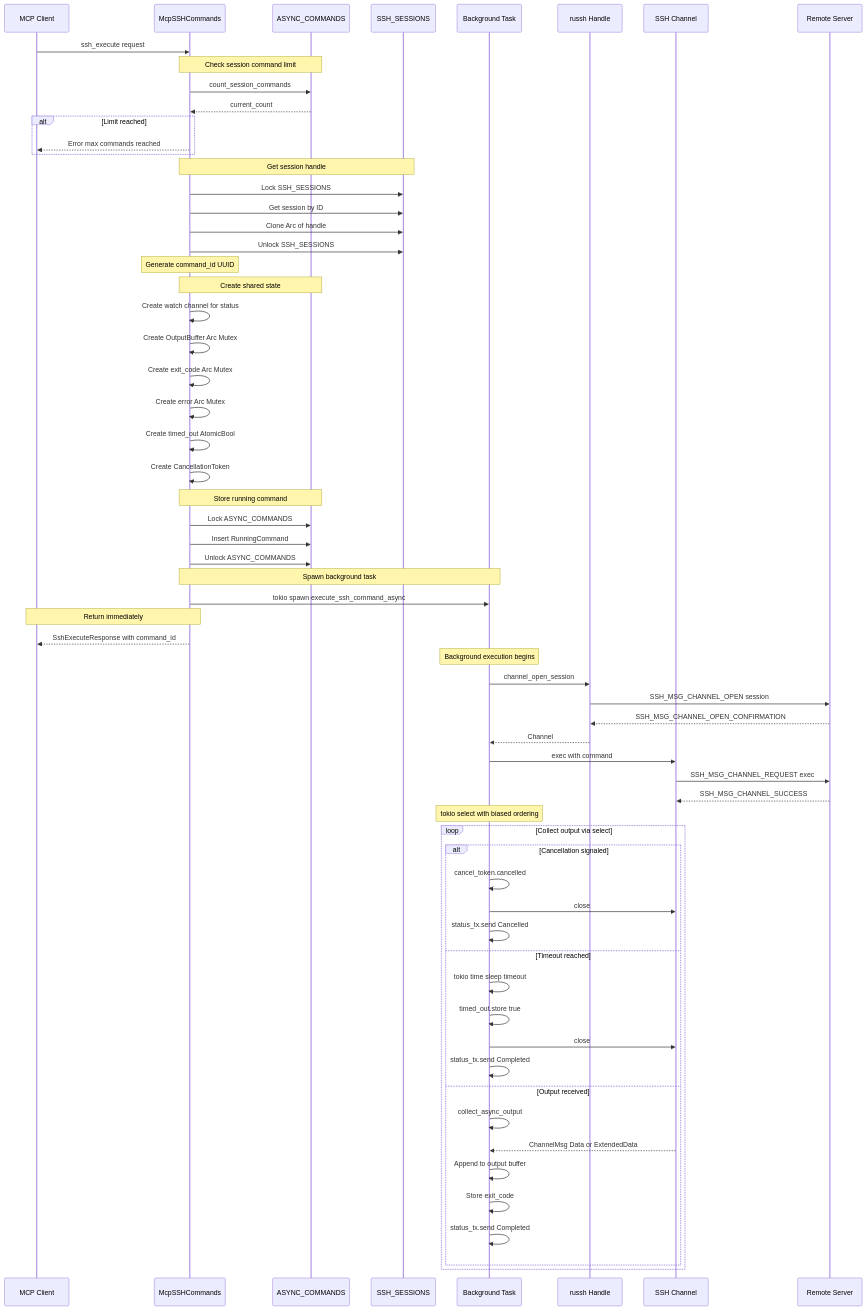
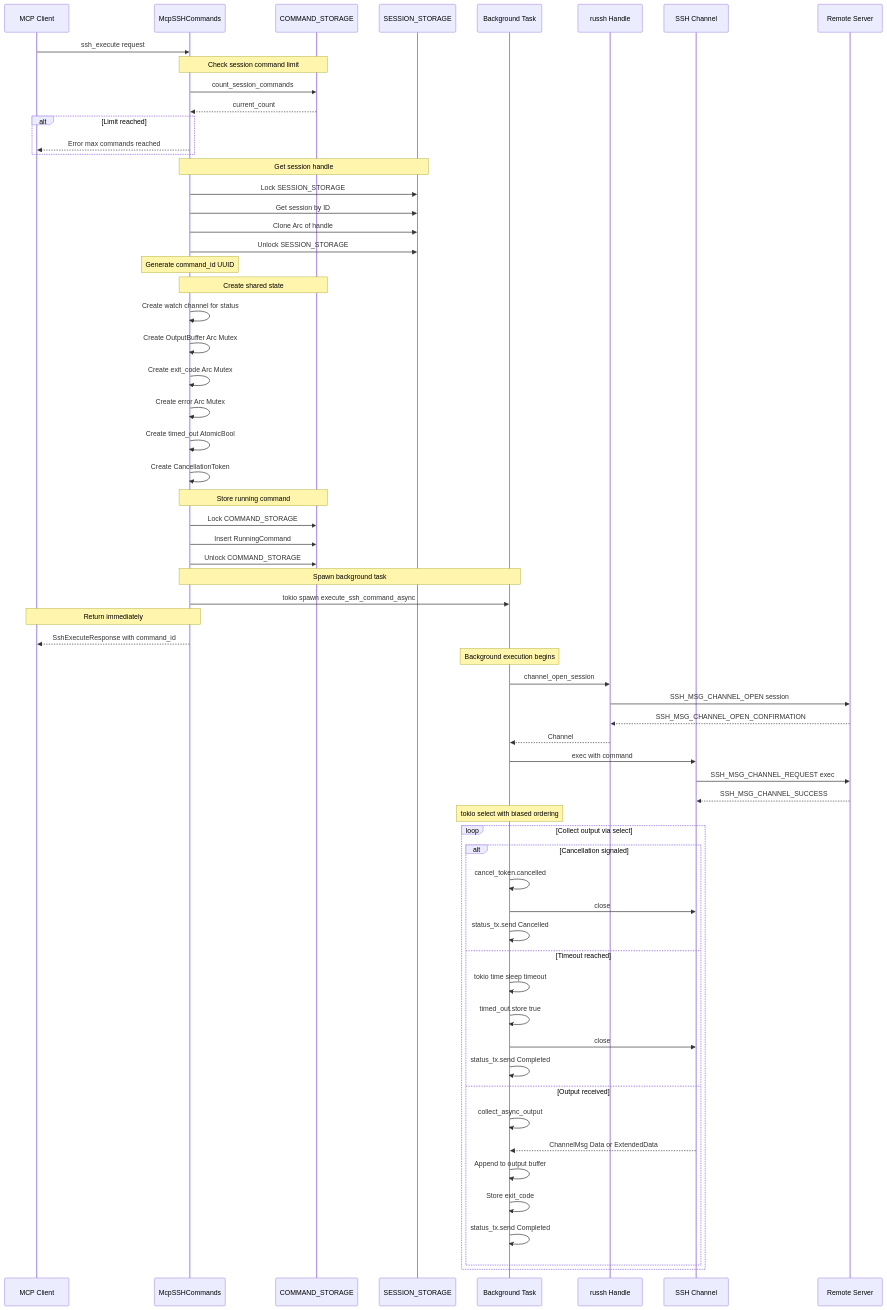
The eighth of 24 diagrams in docs/FLOWS.md (farchanjo/ssh-mcp), drawn with Mermaid before and after one commit. The commit also changed other lines of this file and 2 other files, not shown here.

````diff
--- a/docs/FLOWS.md
+++ b/docs/FLOWS.md
@@ -391,80 +391,80 @@
 ```mermaid
 sequenceDiagram
     participant Client as MCP Client
     participant Cmd as McpSSHCommands
-    participant AsyncStore as ASYNC_COMMANDS
-    participant Store as SSH_SESSIONS
+    participant AsyncStore as COMMAND_STORAGE
+    participant Store as SESSION_STORAGE
     participant Task as Background Task
     participant Handle as russh Handle
     participant Channel as SSH Channel
     participant Server as Remote Server
 
     Client->>Cmd: ssh_execute request
 
     Note over Cmd,AsyncStore: Check session command limit
     Cmd->>AsyncStore: count_session_commands
     AsyncStore-->>Cmd: current_count
 
     alt Limit reached
         Cmd-->>Client: Error max commands reached
     end
 
     Note over Cmd,Store: Get session handle
-    Cmd->>Store: Lock SSH_SESSIONS
+    Cmd->>Store: Lock SESSION_STORAGE
     Cmd->>Store: Get session by ID
     Cmd->>Store: Clone Arc of handle
-    Cmd->>Store: Unlock SSH_SESSIONS
+    Cmd->>Store: Unlock SESSION_STORAGE
 
     Note over Cmd: Generate command_id UUID
 
     Note over Cmd,AsyncStore: Create shared state
     Cmd->>Cmd: Create watch channel for status
     Cmd->>Cmd: Create OutputBuffer Arc Mutex
     Cmd->>Cmd: Create exit_code Arc Mutex
     Cmd->>Cmd: Create error Arc Mutex
     Cmd->>Cmd: Create timed_out AtomicBool
     Cmd->>Cmd: Create CancellationToken
 
     Note over Cmd,AsyncStore: Store running command
-    Cmd->>AsyncStore: Lock ASYNC_COMMANDS
+    Cmd->>AsyncStore: Lock COMMAND_STORAGE
     Cmd->>AsyncStore: Insert RunningCommand
-    Cmd->>AsyncStore: Unlock ASYNC_COMMANDS
+    Cmd->>AsyncStore: Unlock COMMAND_STORAGE
 
     Note over Cmd,Task: Spawn background task
     Cmd->>Task: tokio spawn execute_ssh_command_async
 
     Note over Cmd,Client: Return immediately
     Cmd-->>Client: SshExecuteResponse with command_id
 
     Note over Task: Background execution begins
 
     Task->>Handle: channel_open_session
     Handle->>Server: SSH_MSG_CHANNEL_OPEN session
     Server-->>Handle: SSH_MSG_CHANNEL_OPEN_CONFIRMATION
     Handle-->>Task: Channel
 
     Task->>Channel: exec with command
     Channel->>Server: SSH_MSG_CHANNEL_REQUEST exec
     Server-->>Channel: SSH_MSG_CHANNEL_SUCCESS
 
     Note over Task: tokio select with biased ordering
 
     loop Collect output via select
         alt Cancellation signaled
             Task->>Task: cancel_token.cancelled
             Task->>Channel: close
             Task->>Task: status_tx.send Cancelled
         else Timeout reached
             Task->>Task: tokio time sleep timeout
             Task->>Task: timed_out.store true
             Task->>Channel: close
             Task->>Task: status_tx.send Completed
         else Output received
             Task->>Task: collect_async_output
             Channel-->>Task: ChannelMsg Data or ExtendedData
             Task->>Task: Append to output buffer
             Task->>Task: Store exit_code
             Task->>Task: status_tx.send Completed
         end
     end
 ```
````
